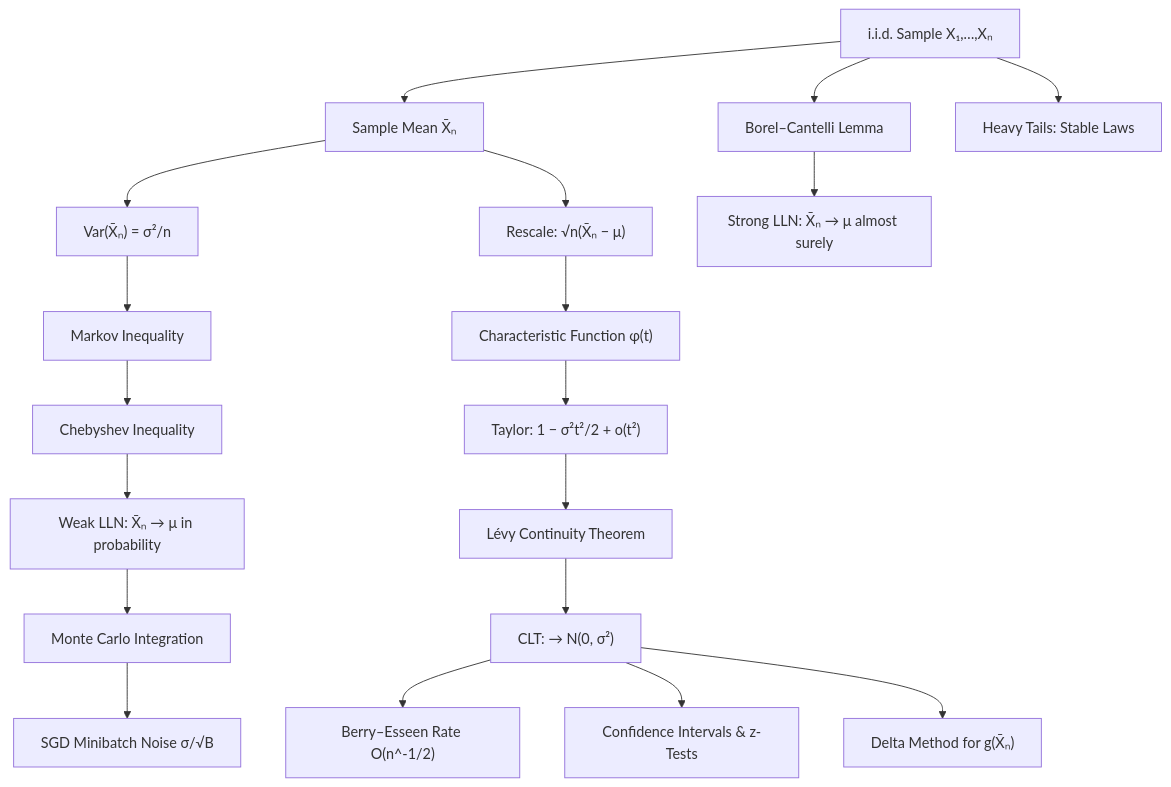
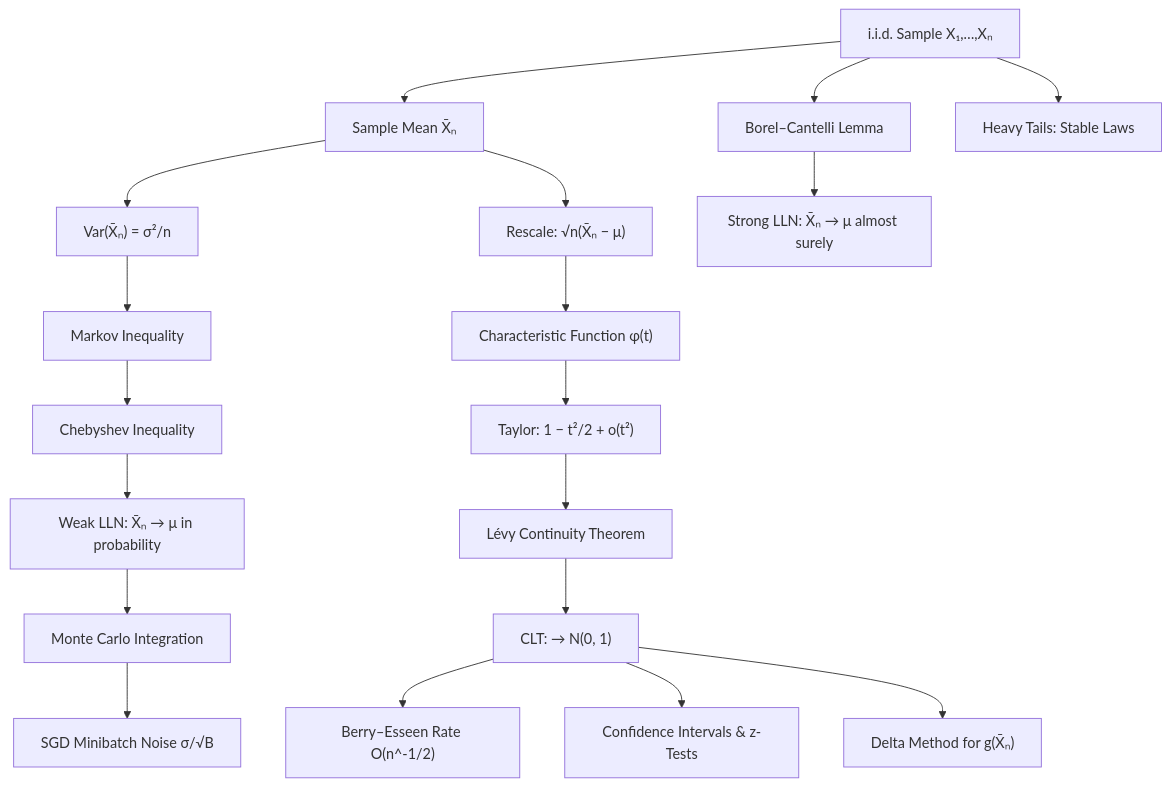
Before and after one commit to hien078/applied-mathematics-foundation: the diagram in probability_statistics/08_law_of_large_numbers_and_clt/README.md, drawn with Mermaid. The commit also changed other lines of this file and 25 other files, not shown here.

````diff
--- a/probability_statistics/08_law_of_large_numbers_and_clt/README.md
+++ b/probability_statistics/08_law_of_large_numbers_and_clt/README.md
@@ -30,21 +41,21 @@
 ```mermaid
 graph TD
     A["i.i.d. Sample X₁,…,Xₙ"] --> B["Sample Mean X̄ₙ"]
     B --> C["Var(X̄ₙ) = σ²/n"]
     C --> D["Markov Inequality"]
     D --> E["Chebyshev Inequality"]
     E --> F["Weak LLN: X̄ₙ → μ in probability"]
     A --> G["Borel–Cantelli Lemma"]
     G --> H["Strong LLN: X̄ₙ → μ almost surely"]
     B --> I["Rescale: √n(X̄ₙ − μ)"]
     I --> J["Characteristic Function φ(t)"]
-    J --> K["Taylor: 1 − σ²t²/2 + o(t²)"]
+    J --> K["Taylor: 1 − t²/2 + o(t²)"]
     K --> L["Lévy Continuity Theorem"]
-    L --> M["CLT: → N(0, σ²)"]
+    L --> M["CLT: → N(0, 1)"]
     M --> N["Berry–Esseen Rate O(n^-1/2)"]
     M --> O["Confidence Intervals & z-Tests"]
     F --> P["Monte Carlo Integration"]
     P --> Q["SGD Minibatch Noise σ/√B"]
     M --> R["Delta Method for g(X̄ₙ)"]
     A --> S["Heavy Tails: Stable Laws"]
 ```
````
